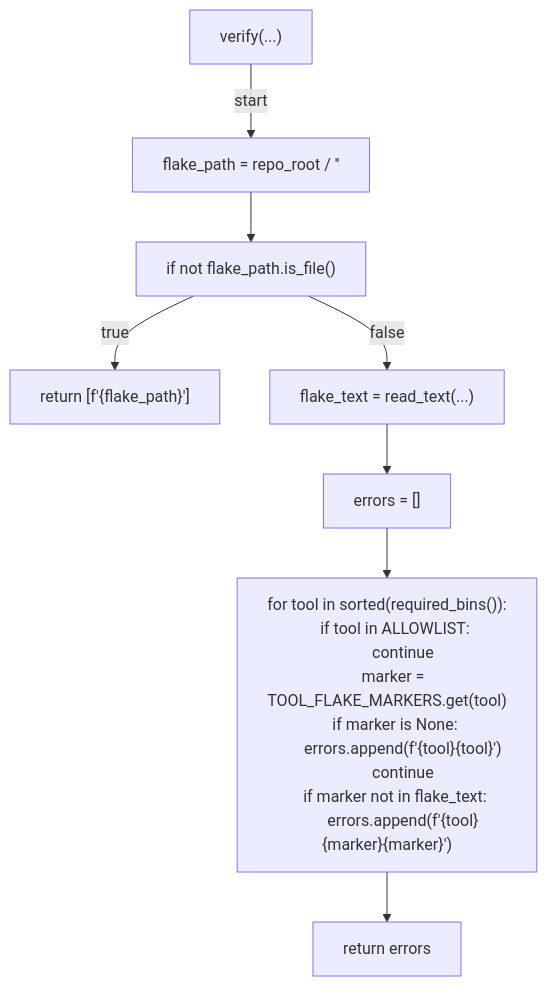
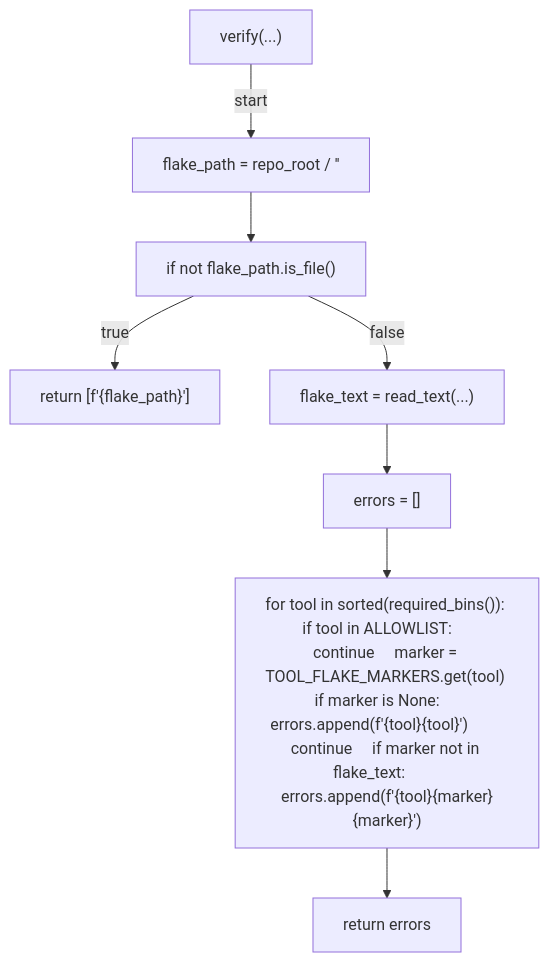
Before and after one commit to tvna/claude-md: the second of 4 diagrams in docs/generated/scripts/ast/scan_devcontainer_tool_drift.md, drawn with Mermaid. The commit also changed other lines of this file and 29 other files, not shown here.

First line of the commit message:
docs(generated): regenerate decision tree and workflow diagrams (batch 3/5)

````diff
--- a/docs/generated/scripts/ast/scan_devcontainer_tool_drift.md
+++ b/docs/generated/scripts/ast/scan_devcontainer_tool_drift.md
@@ -23,26 +22,18 @@
 ```mermaid
 flowchart TD
     N001["verify(...)"]
     N002["flake_path = repo_root / '<str>'"]
     N003["if not flake_path.is_file()"]
     N004["return [f'<str>{flake_path}<str>']"]
     N005["flake_text = read_text(...)"]
     N006["errors = []"]
-    N007["for tool in sorted(required_bins()):
-    if tool in ALLOWLIST:
-        continue
-    marker = TOOL_FLAKE_MARKERS.get(tool)
-    if marker is None:
-        errors.append(f'<str>{tool}<str>{tool}<str>')
-        continue
-    if marker not in flake_text:
-        errors.append(f'<str>{tool}<str>{marker}<str>{marker}<str>')"]
+    N007["for tool in sorted(required_bins()):     if tool in ALLOWLIST:         continue     marker = TOOL_FLAKE_MARKERS.get(tool)     if marker is None:         errors.append(f'<str>{tool}<str>{tool}<str>')         continue     if marker not in flake_text:         errors.append(f'<str>{tool}<str>{marker}<str>{marker}<str>')"]
     N008["return errors"]
     N001 -->|"start"| N002
     N002 --> N003
     N003 -->|"true"| N004
     N003 -->|"false"| N005
     N005 --> N006
     N006 --> N007
     N007 --> N008
 ```
````
